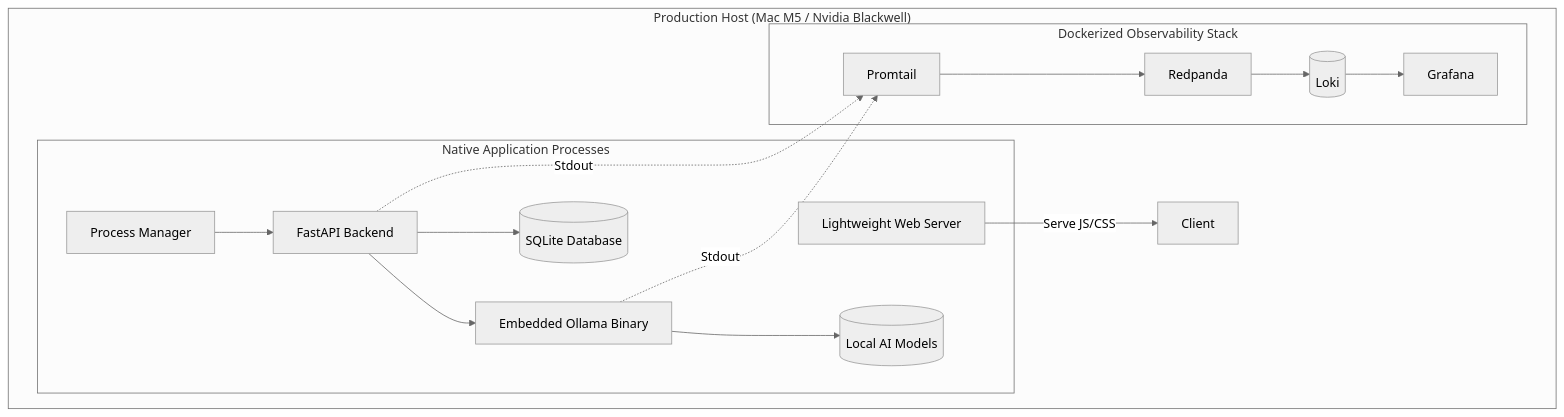
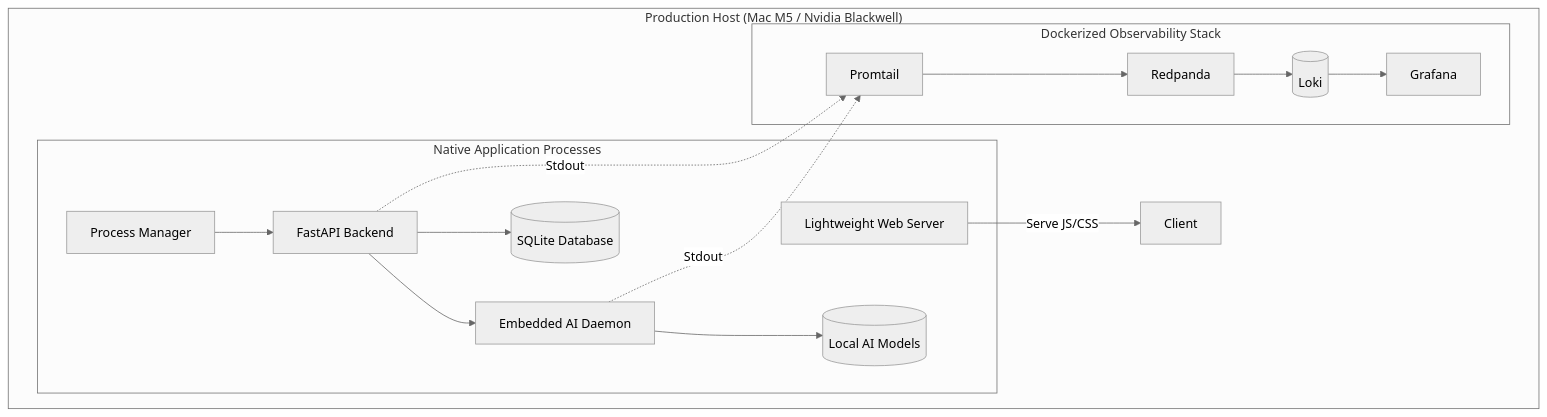
The fourth of 5 diagrams in docs/architecture.md (peterVG/benchmarker), drawn with Mermaid (neutral theme) before and after one commit. The commit also changed other lines of this file and 2 other files, not shown here.

Commit message:
feat: add runner_type to database model and update architecture docs

````diff
--- a/docs/architecture.md
+++ b/docs/architecture.md
@@ -112,29 +113,29 @@
 ```mermaid
 graph TB
     subgraph "Production Host (Mac M5 / Nvidia Blackwell)"
         subgraph "Native Application Processes"
             PM2[Process Manager]
             Uvicorn[FastAPI Backend]
             Static[Lightweight Web Server]
-            Daemon[Embedded Ollama Binary]
+            Daemon[Embedded AI Daemon]
             DB[(SQLite Database)]
             ModelCache[(Local AI Models)]
         end
         subgraph "Dockerized Observability Stack"
             Promtail[Promtail]
             Redpanda[Redpanda]
             Loki[(Loki)]
             Grafana[Grafana]
         end
         Static -->|Serve JS/CSS| Client
         Uvicorn --> Daemon
         Uvicorn --> DB
         Daemon --> ModelCache
         PM2 --> Uvicorn
         Uvicorn -.->|Stdout| Promtail
         Daemon -.->|Stdout| Promtail
         Promtail --> Redpanda
         Redpanda --> Loki
         Loki --> Grafana
     end
 ```
````
